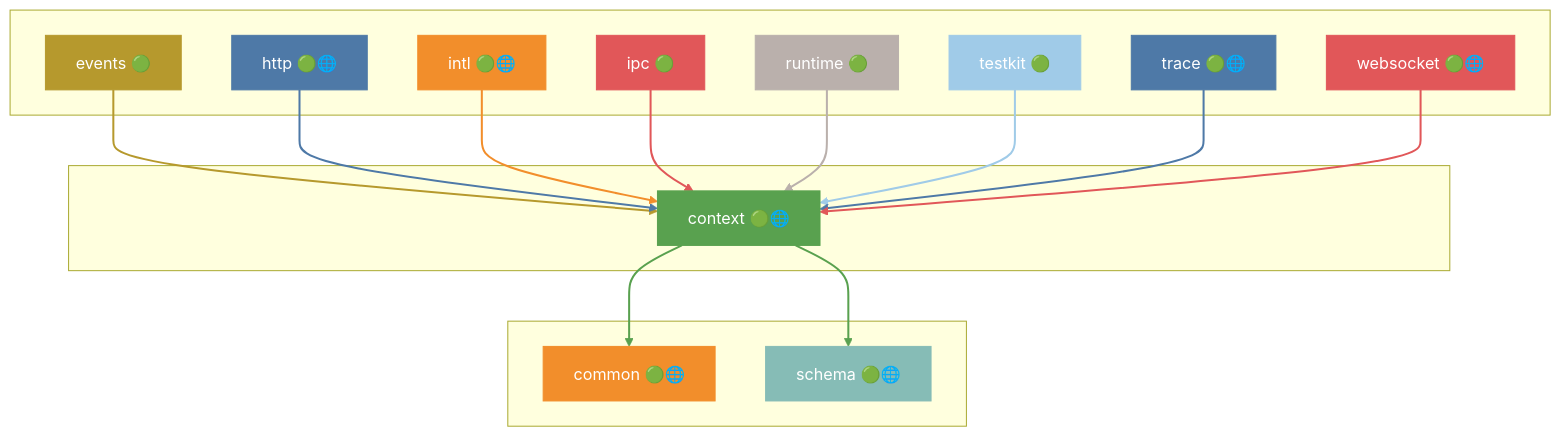
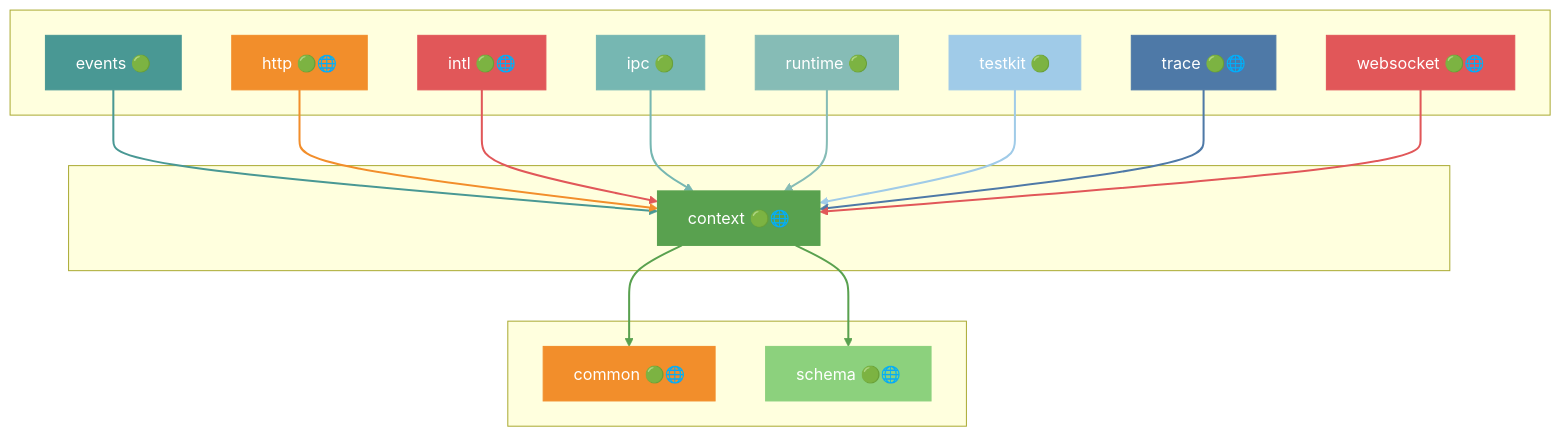
Before and after one commit to grest-ts/grest-ts: the sixth of 41 diagrams in docs/DEPENDENCIES.md, drawn with Mermaid. The commit also changed other lines of this file and 29 other files, not shown here.

````diff
--- a/docs/DEPENDENCIES.md
+++ b/docs/DEPENDENCIES.md
@@ -519,51 +519,51 @@
 ```mermaid
 flowchart TB
     subgraph Dependents[" "]
         events["events 🟢"]
         http["http 🟢🌐"]
         intl["intl 🟢🌐"]
         ipc["ipc 🟢"]
         runtime["runtime 🟢"]
         testkit["testkit 🟢"]
         trace["trace 🟢🌐"]
         websocket["websocket 🟢🌐"]
     end
     subgraph Package[" "]
         context["context 🟢🌐"]
     end
     subgraph Dependencies[" "]
         common["common 🟢🌐"]
         schema["schema 🟢🌐"]
     end
     events --> context
     http --> context
     intl --> context
     ipc --> context
     runtime --> context
     testkit --> context
     trace --> context
     websocket --> context
     context --> common
     context --> schema
     style context fill:#59A14F,stroke:#59A14F,color:#fff
-    style events fill:#B6992D,stroke:#B6992D,color:#fff
-    style http fill:#4E79A7,stroke:#4E79A7,color:#fff
-    style intl fill:#F28E2B,stroke:#F28E2B,color:#fff
-    style ipc fill:#E15759,stroke:#E15759,color:#fff
-    style runtime fill:#BAB0AC,stroke:#BAB0AC,color:#fff
+    style events fill:#499894,stroke:#499894,color:#fff
+    style http fill:#F28E2B,stroke:#F28E2B,color:#fff
+    style intl fill:#E15759,stroke:#E15759,color:#fff
+    style ipc fill:#76B7B2,stroke:#76B7B2,color:#fff
+    style runtime fill:#86BCB6,stroke:#86BCB6,color:#fff
     style testkit fill:#A0CBE8,stroke:#A0CBE8,color:#fff
     style trace fill:#4E79A7,stroke:#4E79A7,color:#fff
     style websocket fill:#E15759,stroke:#E15759,color:#fff
     style common fill:#F28E2B,stroke:#F28E2B,color:#fff
-    style schema fill:#86BCB6,stroke:#86BCB6,color:#fff
-    linkStyle 0 stroke:#B6992D,stroke-width:2px
-    linkStyle 1 stroke:#4E79A7,stroke-width:2px
-    linkStyle 2 stroke:#F28E2B,stroke-width:2px
-    linkStyle 3 stroke:#E15759,stroke-width:2px
-    linkStyle 4 stroke:#BAB0AC,stroke-width:2px
+    style schema fill:#8CD17D,stroke:#8CD17D,color:#fff
+    linkStyle 0 stroke:#499894,stroke-width:2px
+    linkStyle 1 stroke:#F28E2B,stroke-width:2px
+    linkStyle 2 stroke:#E15759,stroke-width:2px
+    linkStyle 3 stroke:#76B7B2,stroke-width:2px
+    linkStyle 4 stroke:#86BCB6,stroke-width:2px
     linkStyle 5 stroke:#A0CBE8,stroke-width:2px
     linkStyle 6 stroke:#4E79A7,stroke-width:2px
     linkStyle 7 stroke:#E15759,stroke-width:2px
     linkStyle 8 stroke:#59A14F,stroke-width:2px
     linkStyle 9 stroke:#59A14F,stroke-width:2px
 ```
````
